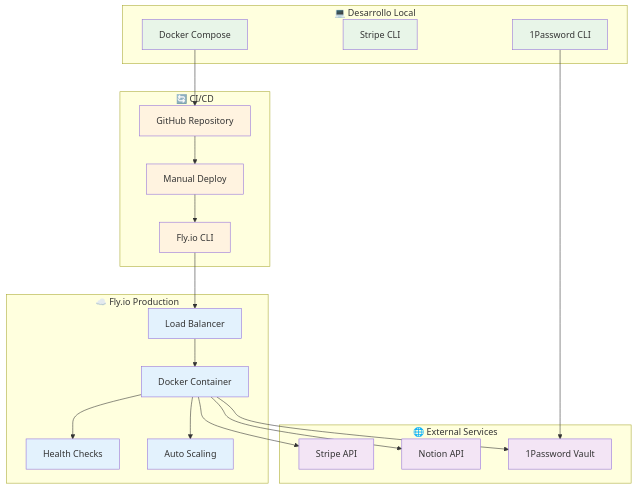
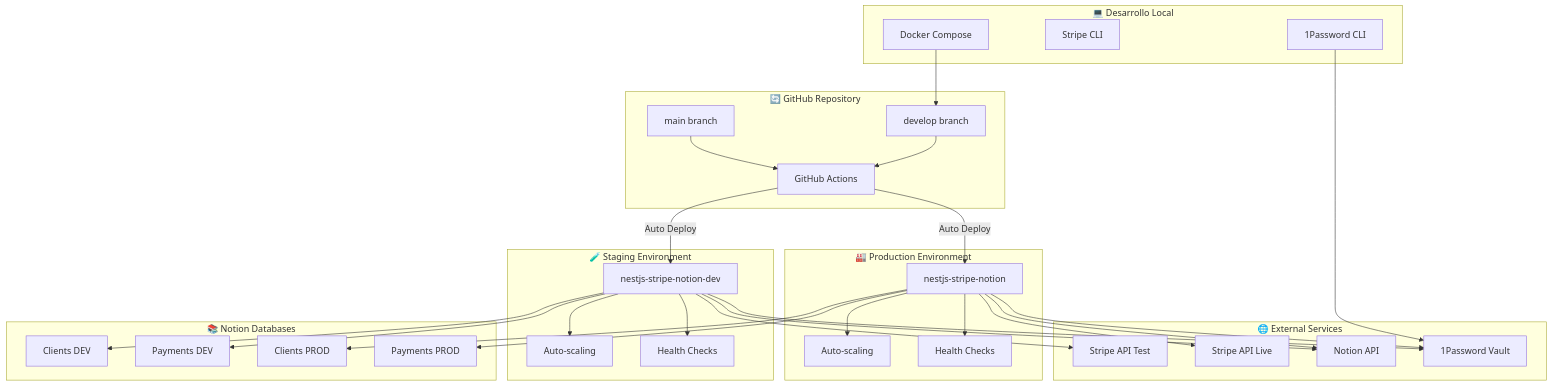
One commit to Robbyfuu/nestjs-stripe-notion-automation changed the sixth of 7 diagrams in docs/ARCHITECTURE.md. Above: the diagram before and after it, drawn with Mermaid. The commit also changed other lines of this file and 14 other files, not shown here.

````diff
--- a/docs/ARCHITECTURE.md
+++ b/docs/ARCHITECTURE.md
@@ -246,50 +215,64 @@
 ```mermaid
 graph TB
     subgraph "💻 Desarrollo Local"
         A[Docker Compose]
         B[Stripe CLI]
         C[1Password CLI]
     end
     
-    subgraph "☁️ Fly.io Production"
-        D[Load Balancer]
-        E[Docker Container]
-        F[Health Checks]
-        G[Auto Scaling]
+    subgraph "🔄 GitHub Repository"
+        D[develop branch]
+        E[main branch]
+        F[GitHub Actions]
     end
     
-    subgraph "🔄 CI/CD"
-        H[GitHub Repository]
-        I[Manual Deploy]
-        J[Fly.io CLI]
+    subgraph "🧪 Staging Environment"
+        G[nestjs-stripe-notion-dev]
+        H[Auto-scaling]
+        I[Health Checks]
+    end
+    
+    subgraph "🏭 Production Environment"
+        J[nestjs-stripe-notion]
+        K[Auto-scaling]
+        L[Health Checks]
     end
     
     subgraph "🌐 External Services"
-        K[Stripe API]
-        L[Notion API]
-        M[1Password Vault]
+        M[Stripe API Test]
+        N[Stripe API Live]
+        O[Notion API]
+        P[1Password Vault]
     end
     
-    A --> H
-    H --> I
-    I --> J
-    J --> D
-    D --> E
+    subgraph "📚 Notion Databases"
+        Q[Clients DEV]
+        R[Payments DEV]
+        S[Clients PROD]
+        T[Payments PROD]
+    end
+    
+    A --> D
+    D --> F
     E --> F
-    E --> G
+    F -->|Auto Deploy| G
+    F -->|Auto Deploy| J
     
-    E --> K
-    E --> L
-    C --> M
-    E --> M
+    G --> H
+    G --> I
+    J --> K
+    J --> L
     
-    classDef local fill:#e8f5e8
-    classDef cloud fill:#e3f2fd
-    classDef cicd fill:#fff3e0
-    classDef external fill:#f3e5f5
+    G --> M
+    G --> Q
+    G --> R
+    J --> N
+    J --> S
+    J --> T
     
-    class A,B,C local
-    class D,E,F,G cloud
-    class H,I,J cicd
-    class K,L,M external
+    G --> O
+    J --> O
+    C --> P
+    G --> P
+    J --> P
 ```
````
